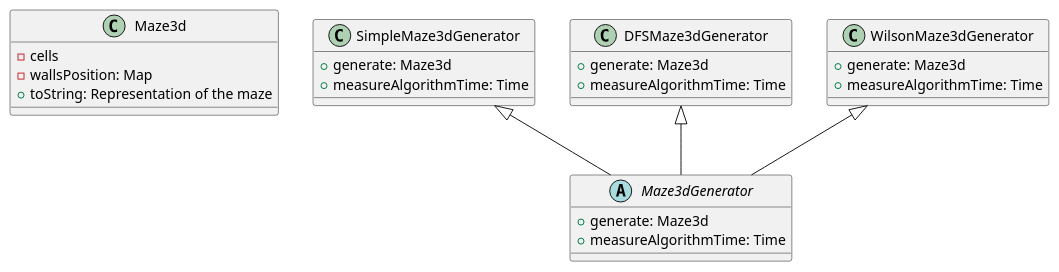
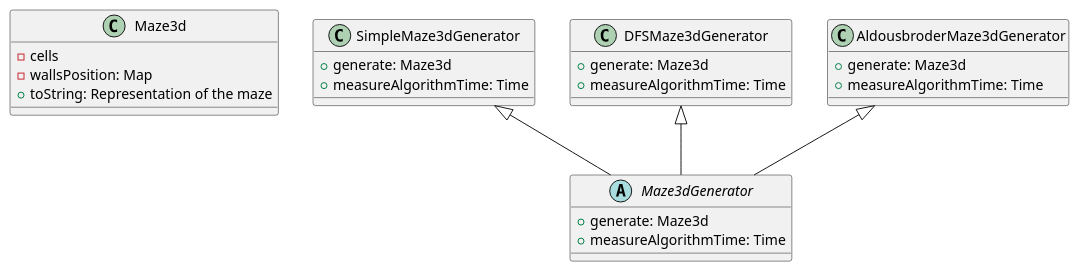
The diagram in uml/3d-maze.puml (michael-attal/3d-maze), drawn with PlantUML before and after one commit. The commit also changed 1 other file, not shown here.

```diff
--- a/uml/3d-maze.puml
+++ b/uml/3d-maze.puml
@@ -1,32 +1,32 @@
 @startuml 3D Maze Diagram
 
 class Maze3d {
     - cells
     - wallsPosition: Map 
     + toString: Representation of the maze
 }
 
 
 abstract class Maze3dGenerator {
     + generate: Maze3d
     + measureAlgorithmTime: Time
 }
 
 SimpleMaze3dGenerator <|-- Maze3dGenerator
 class SimpleMaze3dGenerator  {
     + generate: Maze3d
     + measureAlgorithmTime: Time
 }
 
 DFSMaze3dGenerator <|-- Maze3dGenerator
 class DFSMaze3dGenerator {
     + generate: Maze3d
     + measureAlgorithmTime: Time
 }
 
-WilsonMaze3dGenerator <|-- Maze3dGenerator
-class WilsonMaze3dGenerator {
+AldousbroderMaze3dGenerator <|-- Maze3dGenerator
+class AldousbroderMaze3dGenerator {
     + generate: Maze3d
     + measureAlgorithmTime: Time
 }
 @enduml
```
